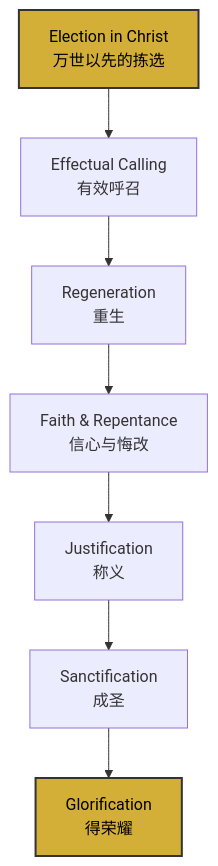
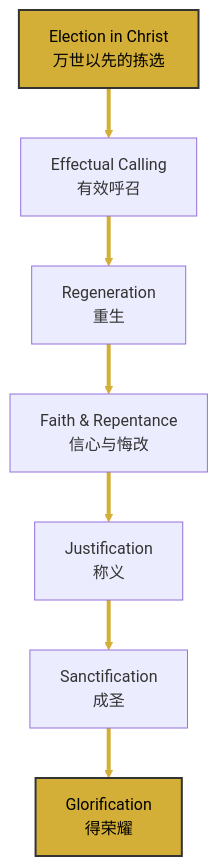
One commit to reformnow/reformnow.github.io changed the diagram in _posts/2026-03-24-the-golden-chain-of-salvation.md. Above: the diagram before and after it, drawn with Mermaid.

Commit message:
Style Mermaid flowchart links to be golden in Golden Chain post

````diff
--- a/_posts/2026-03-24-the-golden-chain-of-salvation.md
+++ b/_posts/2026-03-24-the-golden-chain-of-salvation.md
@@ -38,11 +38,12 @@
 ```mermaid
 graph TD
     S[Election in Christ<br/>万世以先的拣选] --> C1[Effectual Calling<br/>有效呼召]
     C1 --> A[Regeneration<br/>重生]
     A --> B[Faith & Repentance<br/>信心与悔改]
     B --> C[Justification<br/>称义]
     C --> D[Sanctification<br/>成圣]
     D --> E[Glorification<br/>得荣耀]
     style S fill:#d4af37,stroke:#333,stroke-width:2px,color:#000
     style E fill:#d4af37,stroke:#333,stroke-width:2px,color:#000
+    linkStyle 0,1,2,3,4,5 stroke:#d4af37,stroke-width:4px
 ```
````
